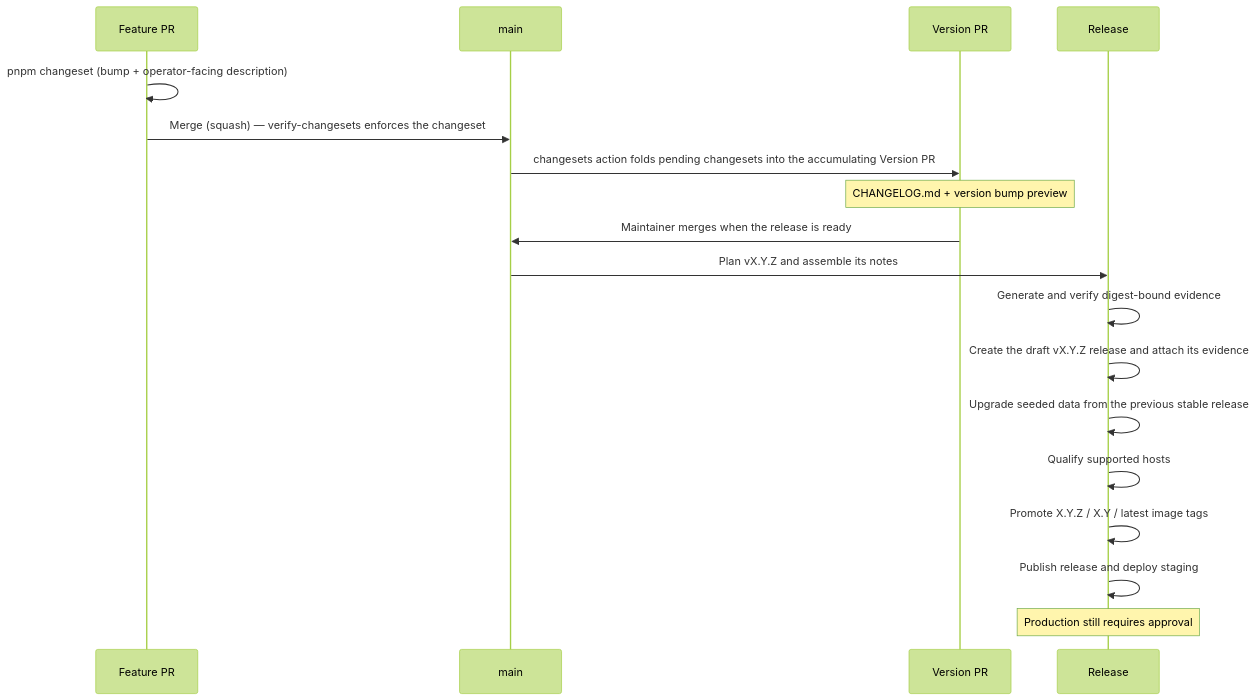
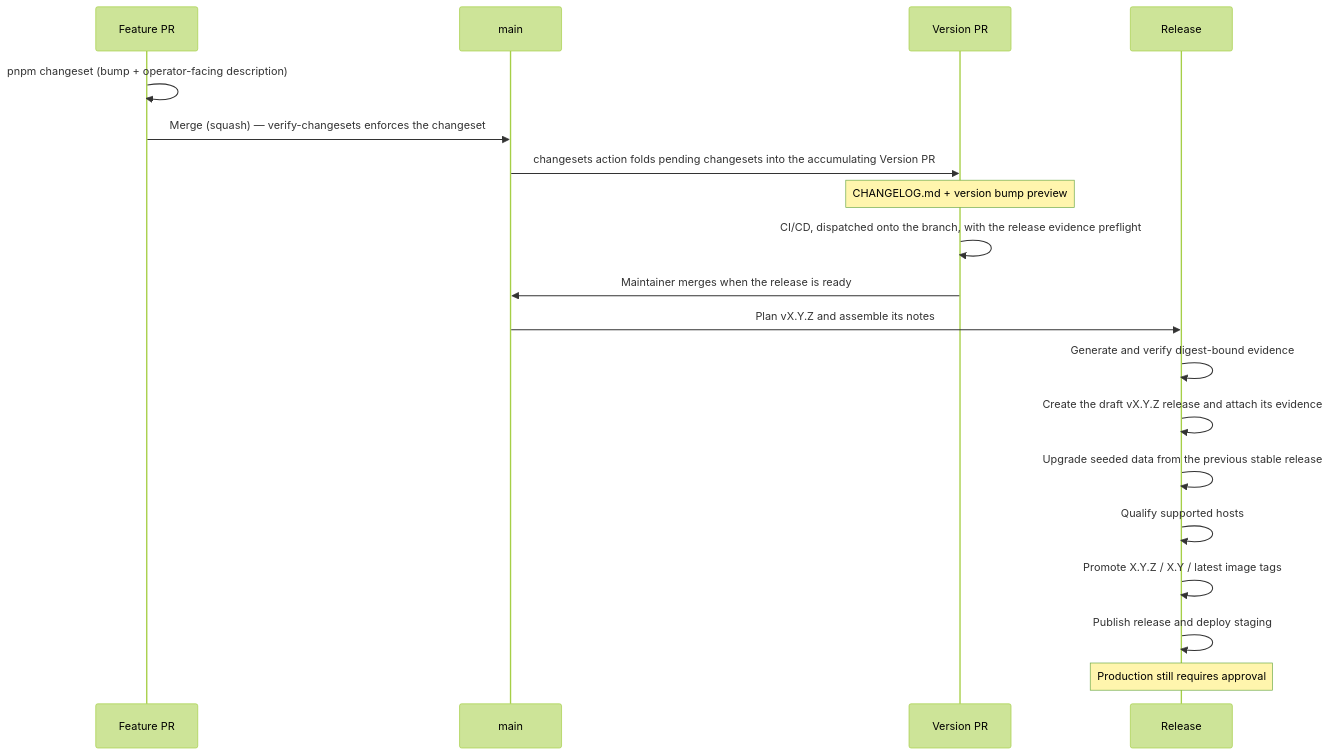
One commit to ls1intum/Hephaestus changed the diagram in docs/contributor/release-management.mdx. Above: the diagram before and after it, drawn with Mermaid (forest theme). The commit also changed other lines of this file and 13 other files, not shown here.

````diff
--- a/docs/contributor/release-management.mdx
+++ b/docs/contributor/release-management.mdx
@@ -21,23 +21,24 @@
 ```mermaid
 sequenceDiagram
     accTitle: Changesets release workflow
     accDescr: Feature pull requests add changesets, the version pull request consumes them, and merging the version pull request publishes the release.
     participant PR as Feature PR
     participant M as main
     participant VP as Version PR
     participant R as Release
 
     PR->>PR: pnpm changeset (bump + operator-facing description)
     PR->>M: Merge (squash) — verify-changesets enforces the changeset
     M->>VP: changesets action folds pending changesets into the accumulating Version PR
     Note over VP: CHANGELOG.md + version bump preview
+    VP->>VP: CI/CD, dispatched onto the branch, with the release evidence preflight
     VP->>M: Maintainer merges when the release is ready
     M->>R: Plan vX.Y.Z and assemble its notes
     R->>R: Generate and verify digest-bound evidence
     R->>R: Create the draft vX.Y.Z release and attach its evidence
     R->>R: Upgrade seeded data from the previous stable release
     R->>R: Qualify supported hosts
     R->>R: Promote X.Y.Z / X.Y / latest image tags
     R->>R: Publish release and deploy staging
     Note over R: Production still requires approval
 ```
````
